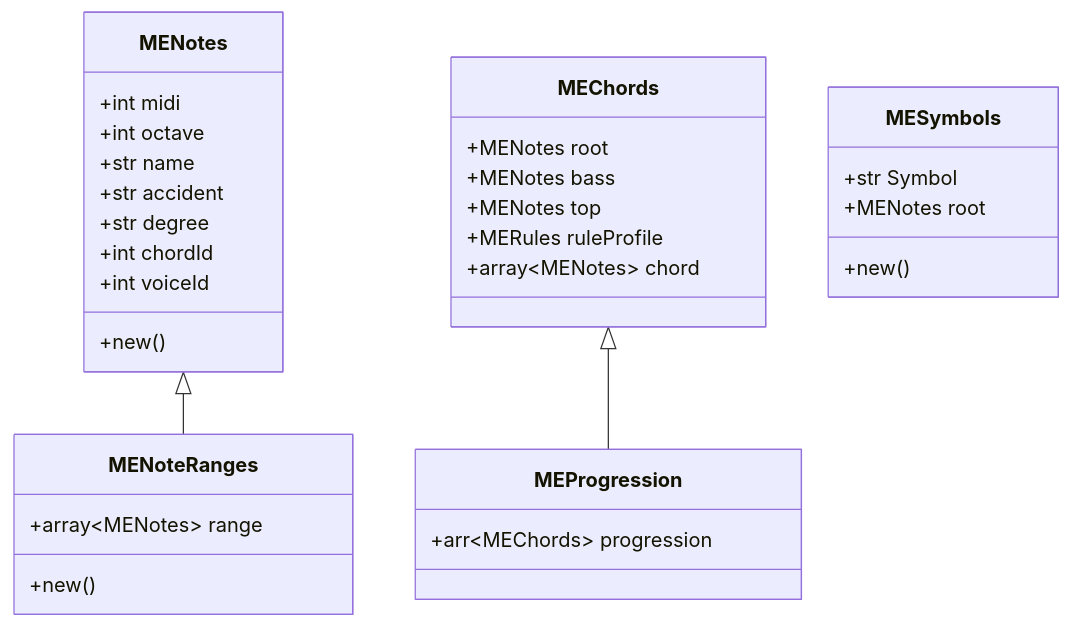
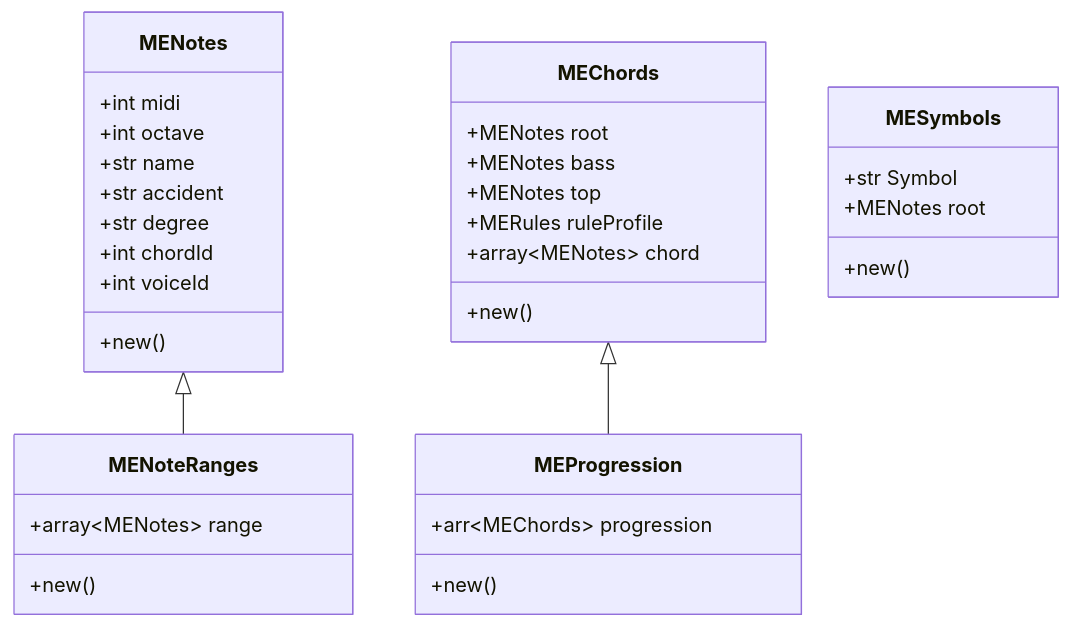
The diagram in README.md (iamsiriil/sc_musicengine), drawn with Mermaid before and after one commit.

````diff
--- a/README.md
+++ b/README.md
@@ -1,38 +1,40 @@
 ```mermaid
 classDiagram
     MENotes <|-- MENoteRanges
     MEChords <|-- MEProgression
     class MENotes {
         +int midi
         +int octave
         +str name
         +str accident
         +str degree
         +int chordId
         +int voiceId
         +new()
     }
 
     class MENoteRanges {
         +array~MENotes~ range
         +new()
     }
 
     class MESymbols {
         +str Symbol
         +MENotes root
         +new()
     }
 
     class MEChords {
         +MENotes root
         +MENotes bass
         +MENotes top
         +MERules ruleProfile
         +array~MENotes~ chord
+        +new()
     }
 
     class MEProgression {
         +arr~MEChords~ progression
+        +new()
     }
 ```
````
